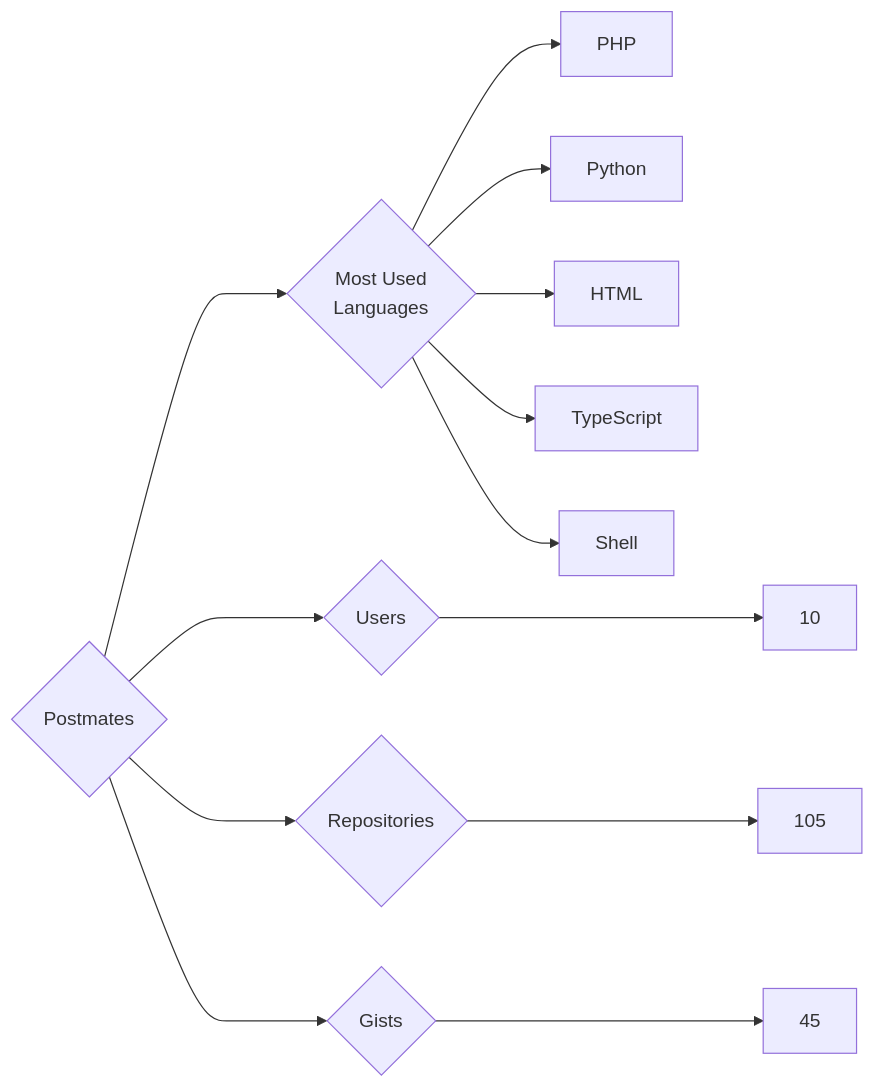
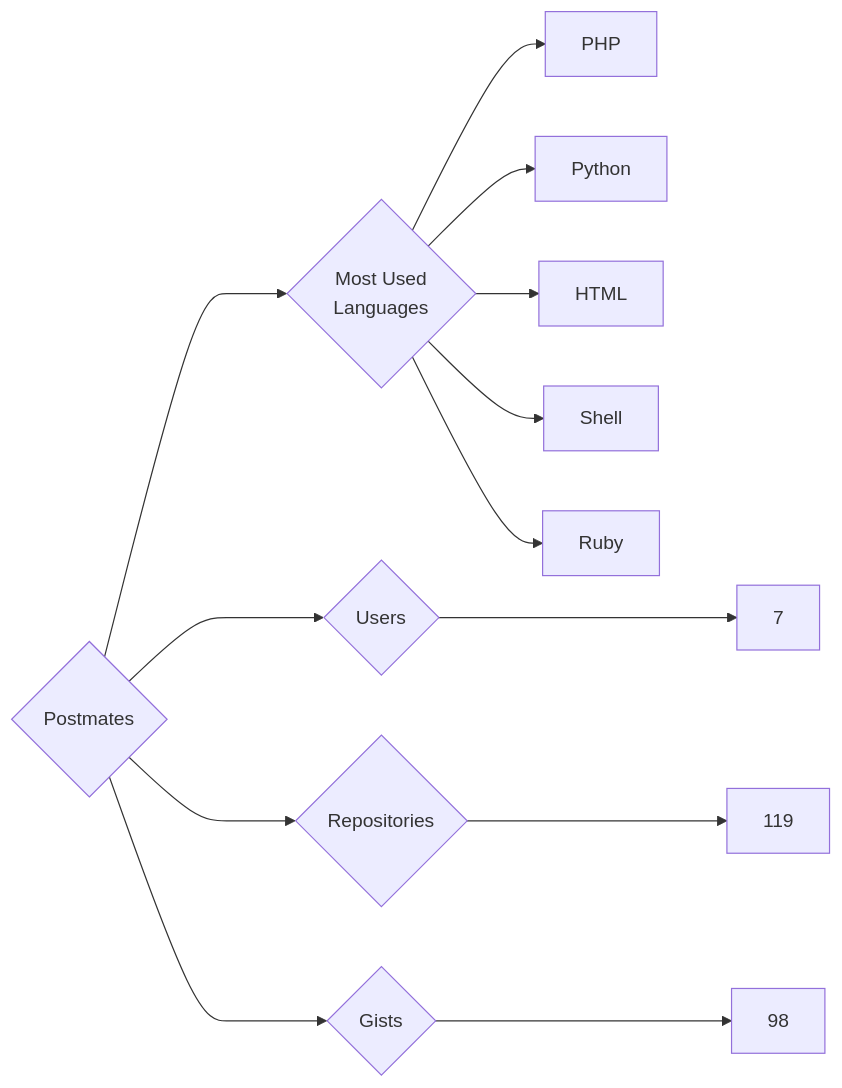
The diagram in targets/Postmates/README.md (trickest/insiders), drawn with Mermaid before and after one commit. The commit also changed 1389 other files, not shown here.

````diff
--- a/targets/Postmates/README.md
+++ b/targets/Postmates/README.md
@@ -3,13 +3,13 @@
 ```mermaid
 graph LR
 COMPANY_NAME{Postmates}
-COMPANY_NAME ---> U{Users} ---> UN[10]
-COMPANY_NAME ---> R{Repositories} ---> RN[105]
-COMPANY_NAME ---> G{Gists} ---> GN[45]
+COMPANY_NAME ---> U{Users} ---> UN[7]
+COMPANY_NAME ---> R{Repositories} ---> RN[119]
+COMPANY_NAME ---> G{Gists} ---> GN[98]
 COMPANY_NAME ---> ML{Most Used<br>Languages}
 ML --> PHP[PHP]
 ML --> Python[Python]
 ML --> HTML[HTML]
-ML --> TypeScript[TypeScript]
 ML --> Shell[Shell]
+ML --> Ruby[Ruby]
 ```
````
